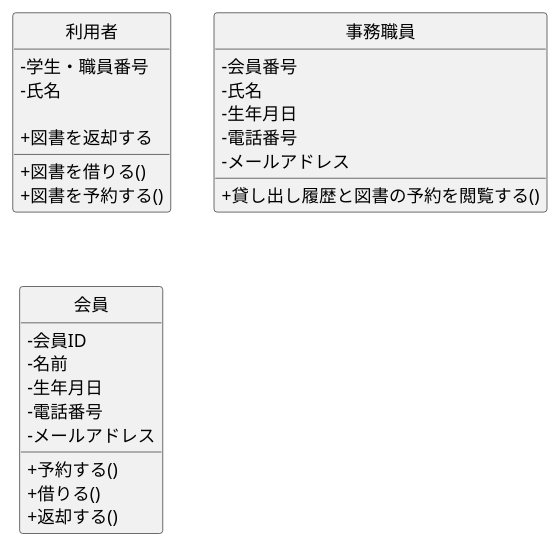
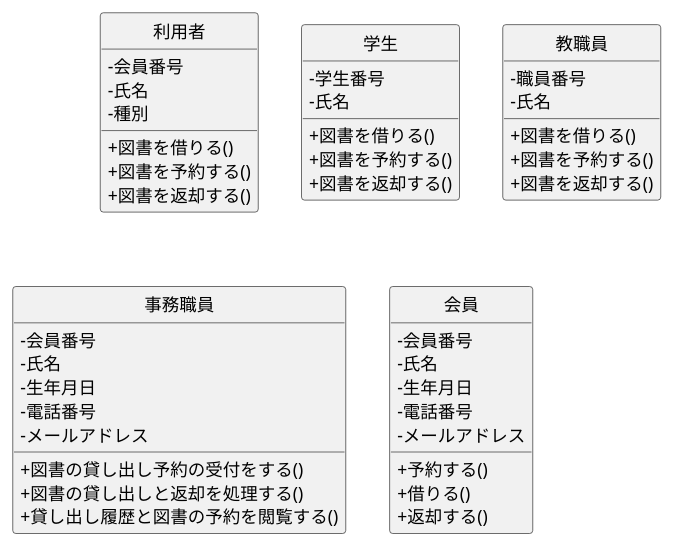
The diagram in class.pu (mameiku/G3-4), drawn with PlantUML before and after one commit.

Commit message:
更新

```diff
--- a/class.pu
+++ b/class.pu
@@ -1,36 +1,57 @@
 @startuml 大原情報科学大学・図書館システムクラス図
 skinparam classAttributeIconSize 0
 hide circle
 
 class 利用者 {
-- 学生・職員番号
+- 会員番号
+- 氏名
+- 種別
++ 図書を借りる()
++ 図書を予約する()
++ 図書を返却する()
+}
+
+class 学生 {
+- 学生番号
 - 氏名
 
 + 図書を借りる()
 + 図書を予約する()
-+ 図書を返却する
++ 図書を返却する()
+}
+
+class 教職員 {
+- 職員番号
+- 氏名
+
++ 図書を借りる()
++ 図書を予約する()
++ 図書を返却する()
 }
 
 class 事務職員 {
 - 会員番号
 - 氏名
 - 生年月日
 - 電話番号
 - メールアドレス
+
++ 図書の貸し出し予約の受付をする()
++ 図書の貸し出しと返却を処理する()
 + 貸し出し履歴と図書の予約を閲覧する()
 
 }
 
 class 会員 {
- -会員ID
- -名前
+ -会員番号
+ -氏名
  -生年月日
  -電話番号
  -メールアドレス
 
  +予約する()
  +借りる()
  +返却する()
 
 }
 @enduml
```
